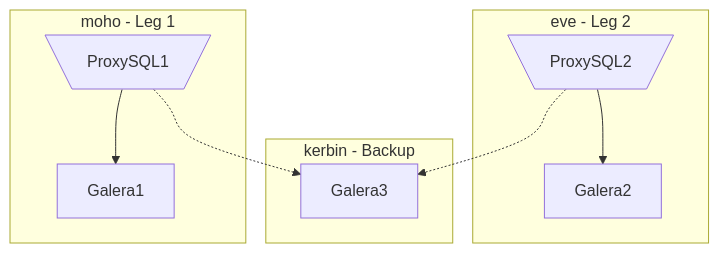
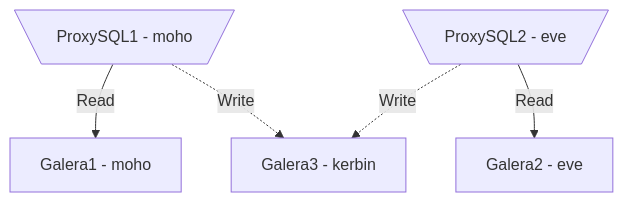
One commit to ckmjreynolds/MariaDB-Stack changed the diagram in README.md. Above: the diagram before and after it, drawn with Mermaid. The commit also changed other lines of this file and 20 other files, not shown here.

````diff
--- a/README.md
+++ b/README.md
@@ -5,21 +5,14 @@
 ```mermaid
 graph TD
-    mohoPS -.-> kerbinDB
-    evePS -.-> kerbinDB
+    proxysql1[\ProxySQL1 - moho/]
+    proxysql2[\ProxySQL2 - eve/]
 
-    subgraph eve - Leg 2
-        evePS[\ProxySQL2/]
-        eveDB[Galera2]
+    galera1[Galera1 - moho]
+    galera2[Galera2 - eve]
+    galera3[Galera3 - kerbin]
 
-        evePS --> eveDB
-    end
-    subgraph kerbin - Backup
-        kerbinDB[Galera3]
-    end
-    subgraph moho - Leg 1
-        mohoPS[\ProxySQL1/]
-        mohoDB[Galera1]
-
-        mohoPS --> mohoDB
-    end
+    proxysql1 -->|Read|galera1
+    proxysql1 -.->|Write|galera3
+    proxysql2 -.->|Write|galera3
+    proxysql2 -->|Read|galera2
 ```
````
